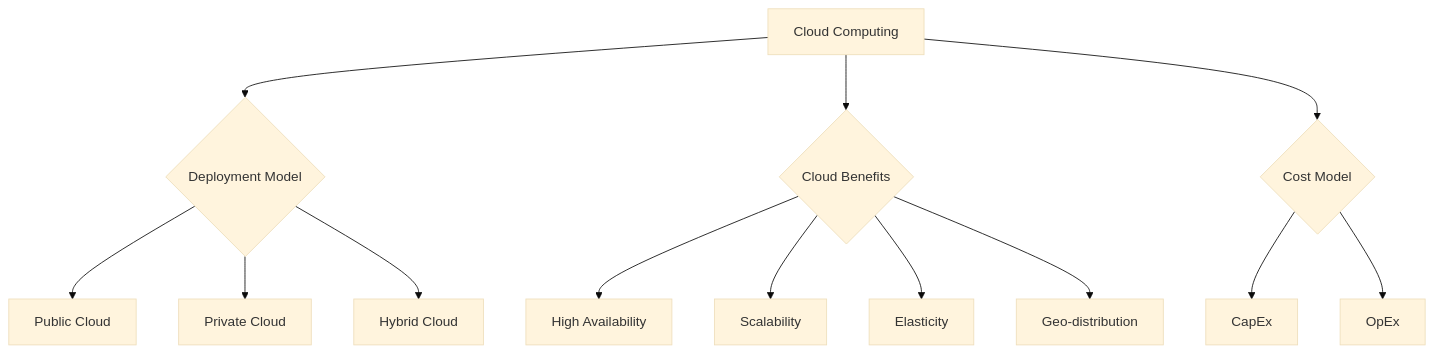
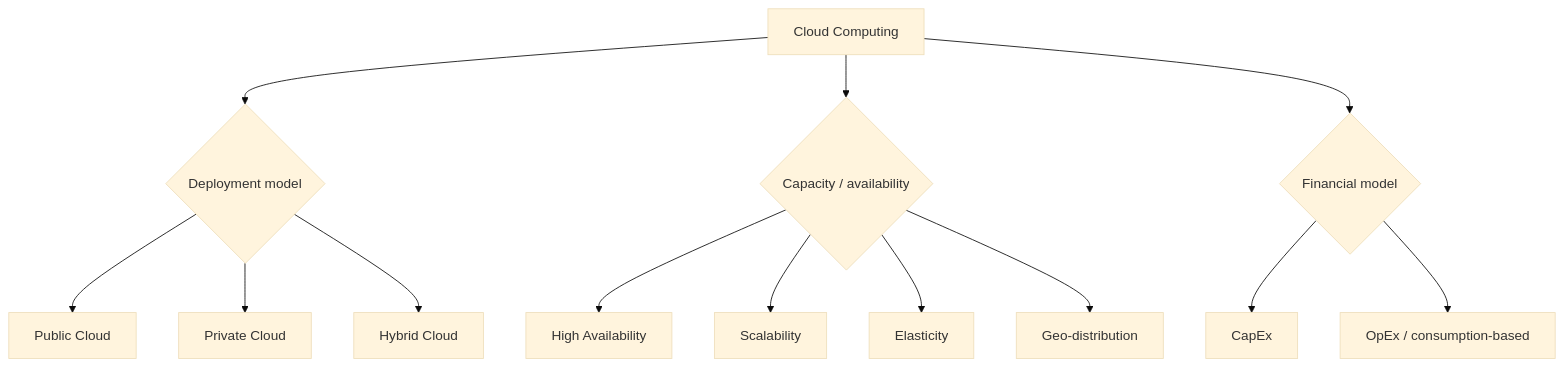
The first of 14 diagrams in exam/concept-map/concept-map.md (zhyordanova/azure-fundamentals-handbook), drawn with Mermaid (base theme) before and after one commit. The commit also changed other lines of this file and 1 other file, not shown here.

````diff
--- a/exam/concept-map/concept-map.md
+++ b/exam/concept-map/concept-map.md
@@ -9,21 +9,17 @@
 ```mermaid
 flowchart TD
+    A["Cloud Computing"] --> B{"Deployment model"}
+    B --> PUB["Public Cloud"]
+    B --> PRI["Private Cloud"]
+    B --> HYB["Hybrid Cloud"]
 
-    A["Cloud Computing"] --> B{"Deployment Model"}
+    A --> C{"Capacity / availability"}
+    C --> HA["High Availability"]
+    C --> SC["Scalability"]
+    C --> EL["Elasticity"]
+    C --> GEO["Geo-distribution"]
 
-    B --> C["Public Cloud"]
-    B --> D["Private Cloud"]
-    B --> E["Hybrid Cloud"]
-
-    A --> F{"Cloud Benefits"}
-
-    F --> G["High Availability"]
-    F --> H["Scalability"]
-    F --> I["Elasticity"]
-    F --> J["Geo-distribution"]
-
-    A --> K{"Cost Model"}
-
-    K --> L["CapEx"]
-    K --> M["OpEx"]
+    A --> D{"Financial model"}
+    D --> CAPEX["CapEx"]
+    D --> OPEX["OpEx / consumption-based"]
 ```
````
